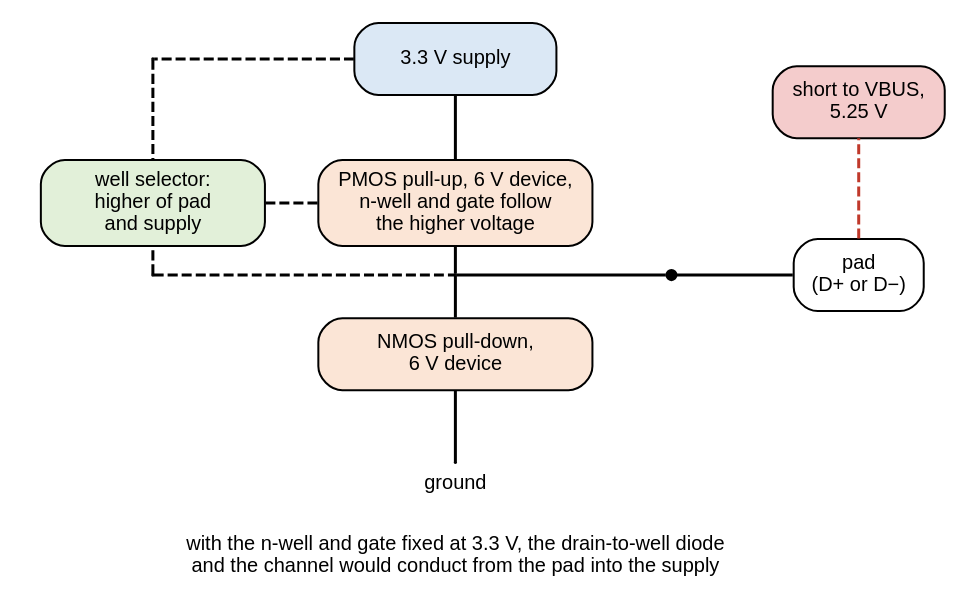
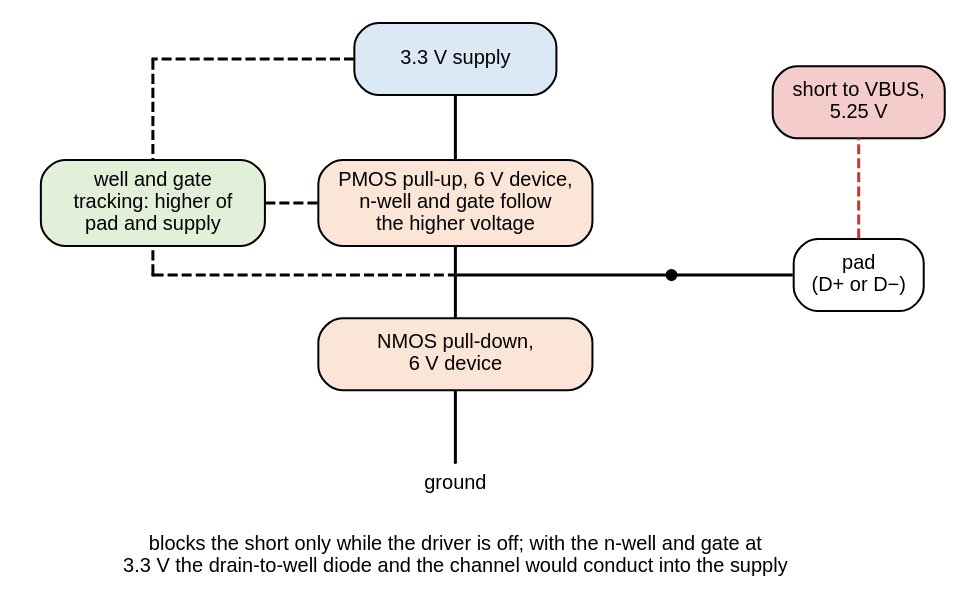
The diagram in docs/usb-serial/analogue/custom-stage.dot (mithro/evampire), drawn with Graphviz before and after one commit. The commit also changed 2 other files, not shown here.

Commit message:
Add the transmitting cases to the D+ short-circuit analysis
USB 2.0 asks a transceiver to survive a short to VBUS while transmitting
half the time, but the page worked out only the pad-diode current with
the driver off, and took it through all of ZDRV. The diode path passes
only through a series resistor outside the pad, so the page now states
that condition. Driving high puts 44 mA to 70 mA through the PMOS into
the 3.3 V supply, and driving low 119 mA to 188 mA through the NMOS, so
the output stage and RS must carry up to 188 mA. The custom output stage
needs its PMOS gate, not only its n-well, to track the pad, and blocks
the short only while the driver is off.

```diff
--- a/docs/usb-serial/analogue/custom-stage.dot
+++ b/docs/usb-serial/analogue/custom-stage.dot
@@ -1,44 +1,44 @@
 // A custom output stage that survives a 5.25 V short on the pad: the
 // PMOS pull-up's n-well, and its gate when off, follow the higher of the
 // pad and the 3.3 V supply, so neither its drain diode nor its channel
-// can conduct from the pad into the supply.
+// can conduct from the pad into the supply while the driver is off.
 //
 // Fixed grid (positions in inches): supply at the top (y=3.0), pad on the
 // right (x=5.8), ground at the bottom (y=0.2).
 //
 // SPDX-License-Identifier: Apache-2.0
 
 graph custom_stage {
     graph [layout=neato, splines=false, overlap=true, fontname="Helvetica",
            size="7.4,4"];
     node  [shape=box, style="rounded,filled", fillcolor="#f2f2f2",
            fontname="Helvetica", fontsize=10, width=1.6, height=0.5,
            fixedsize=true];
     edge  [penwidth=1.5];
 
     vdd  [pos="3.0,3.0!", width=1.4, label="3.3 V supply", fillcolor="#dbe8f5"];
     pmos [pos="3.0,2.0!", width=1.9, height=0.6,
           label="PMOS pull-up, 6 V device,\nn-well and gate follow\nthe higher voltage", fillcolor="#fbe5d6"];
     nmos [pos="3.0,0.95!", width=1.9, label="NMOS pull-down,\n6 V device", fillcolor="#fbe5d6"];
     sel  [pos="0.9,2.0!", width=1.55, height=0.6,
-          label="well selector:\nhigher of pad\nand supply", fillcolor="#e2f0d9"];
+          label="well and gate\ntracking: higher of\npad and supply", fillcolor="#e2f0d9"];
     pad  [pos="5.8,1.5!", width=0.9, label="pad\n(D+ or D−)", fillcolor="#ffffff"];
     vb   [pos="5.8,2.7!", width=1.2, label="short to VBUS,\n5.25 V", fillcolor="#f4cccc"];
 
     node [shape=plaintext, style="", fontsize=10, width=1.6, height=0.2];
     g   [pos="3.0,0.05!", width=0.8, label="ground"];
     nt  [pos="3.0,-0.45!", width=6.0, height=0.35,
-         label="with the n-well and gate fixed at 3.3 V, the drain-to-well diode\nand the channel would conduct from the pad into the supply"];
+         label="blocks the short only while the driver is off; with the n-well and gate at\n3.3 V the drain-to-well diode and the channel would conduct into the supply"];
 
     node [shape=point, width=0.07, height=0.07, label="", style=filled, fillcolor=black];
     n   [pos="4.5,1.5!"];
     k1  [pos="3.0,1.5!", width=0.01];
     gb  [pos="3.0,0.2!", width=0.01];
     k2  [pos="0.9,1.5!", width=0.01];
     k3  [pos="0.9,3.0!", width=0.01];
 
     vdd -- pmos -- k1 -- nmos -- gb;
     k1 -- n -- pad;  pad -- vb [style=dashed, color="#c0392b"];
     sel -- pmos [style=dashed];  k2 -- sel [style=dashed];  k2 -- k1 [style=dashed];
     vdd -- k3 [style=dashed];  k3 -- sel [style=dashed];
 }
```
